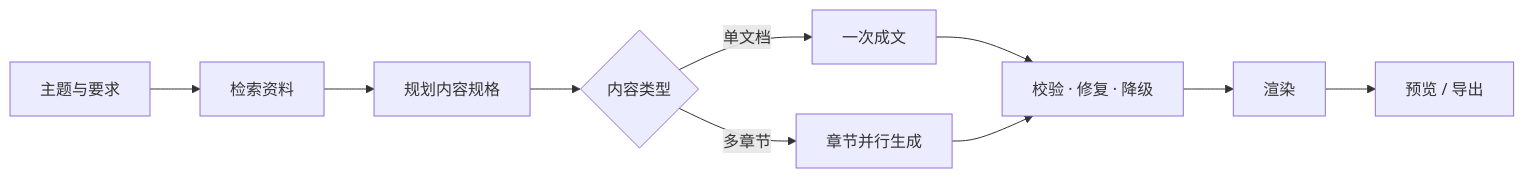
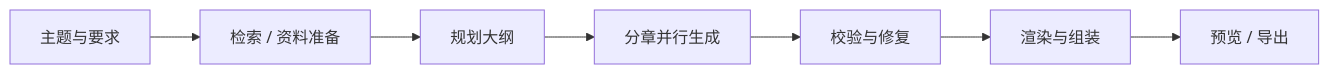
Before and after one commit to Weilan0811/learncraft: the diagram in README.md, drawn with Mermaid. The commit also changed other lines of this file and 28 other files, not shown here.

````diff
--- a/README.md
+++ b/README.md
@@ -84,12 +66,9 @@
 ```mermaid
 flowchart LR
-    A[主题与要求] --> B[检索资料]
-    B --> C[规划内容规格]
-    C --> D{内容类型}
-    D -->|单文档| E[一次成文]
-    D -->|多章节| F[章节并行生成]
-    E --> G[校验 · 修复 · 降级]
-    F --> G
-    G --> H[渲染]
-    H --> I[预览 / 导出]
+    A[主题与要求] --> B[检索 / 资料准备]
+    B --> C[规划大纲]
+    C --> D[分章并行生成]
+    D --> E[校验与修复]
+    E --> F[渲染与组装]
+    F --> G[预览 / 导出]
 ```
````
